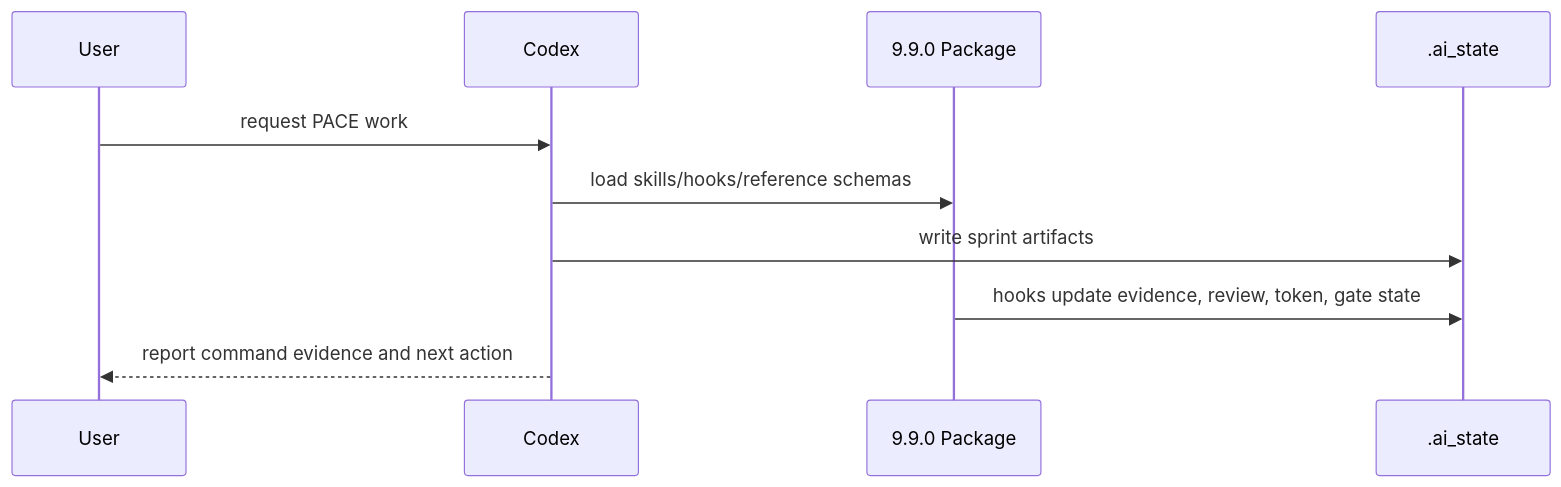
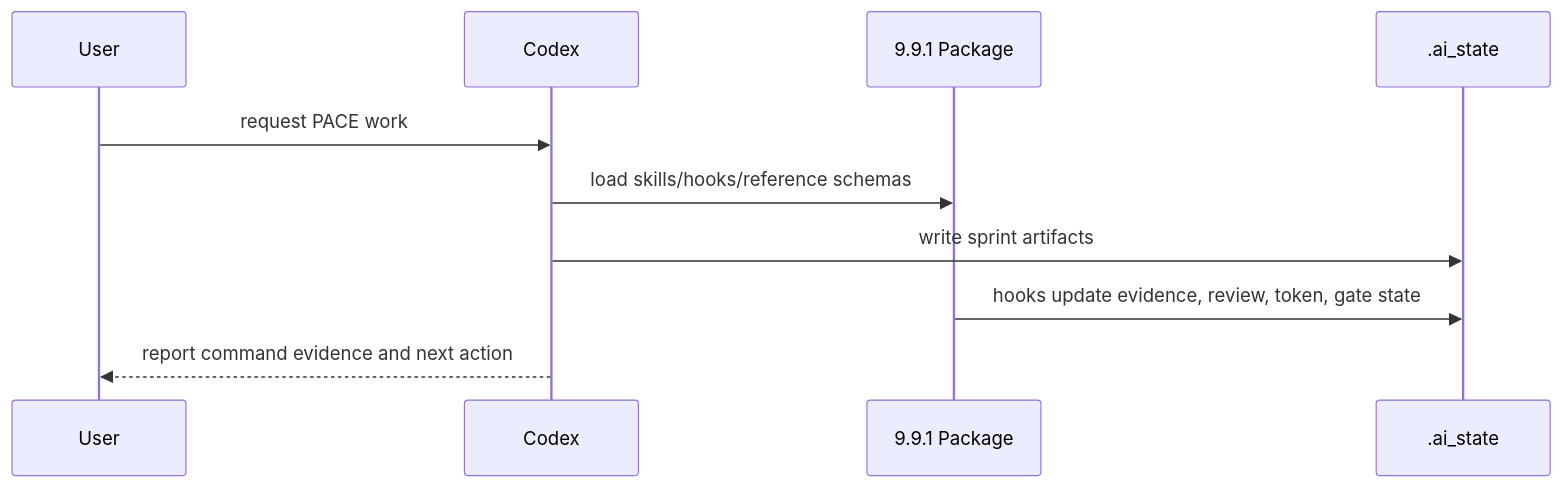
One commit to WenJunDuan/Rlues changed the second of 2 diagrams in .ai_state/architecture/ARCHITECTURE.md. Above: the diagram before and after it, drawn with Mermaid. The commit also changed other lines of this file and 268 other files, not shown here.

````diff
--- a/.ai_state/architecture/ARCHITECTURE.md
+++ b/.ai_state/architecture/ARCHITECTURE.md
@@ -37,12 +42,12 @@
 ```mermaid
 sequenceDiagram
     participant User
     participant Codex
-    participant Package as 9.9.0 Package
+    participant Package as 9.9.1 Package
     participant State as .ai_state
     User->>Codex: request PACE work
     Codex->>Package: load skills/hooks/reference schemas
     Codex->>State: write sprint artifacts
     Package->>State: hooks update evidence, review, token, gate state
     Codex-->>User: report command evidence and next action
 ```
````
